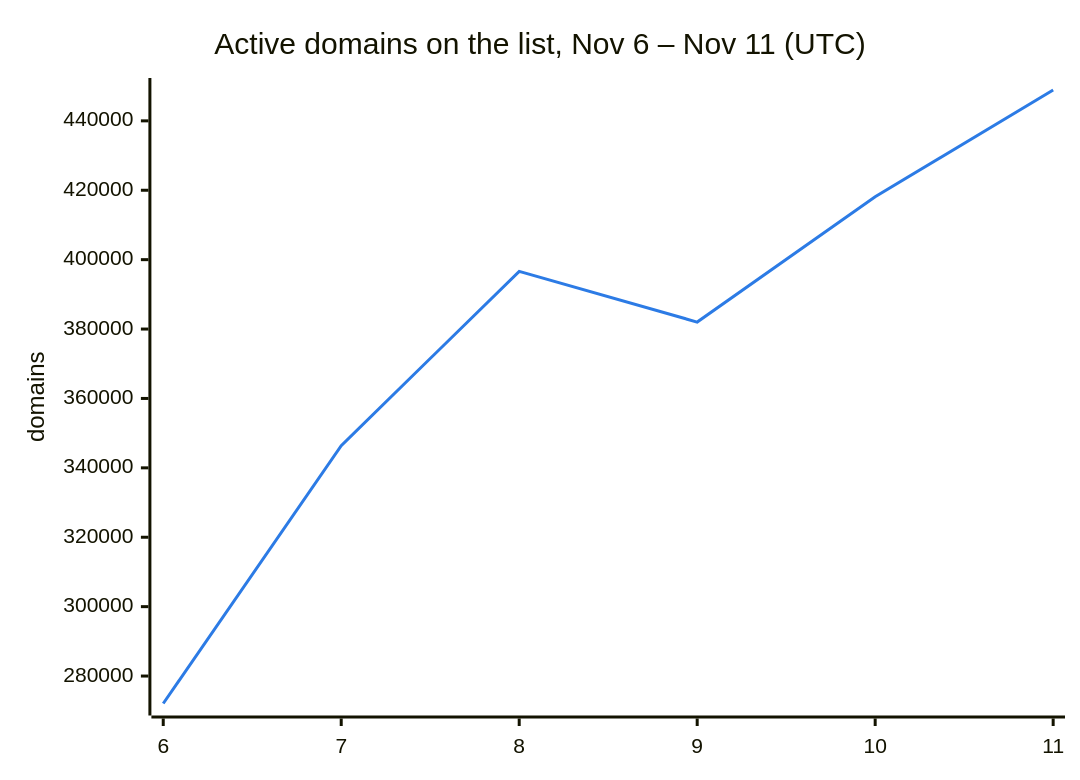
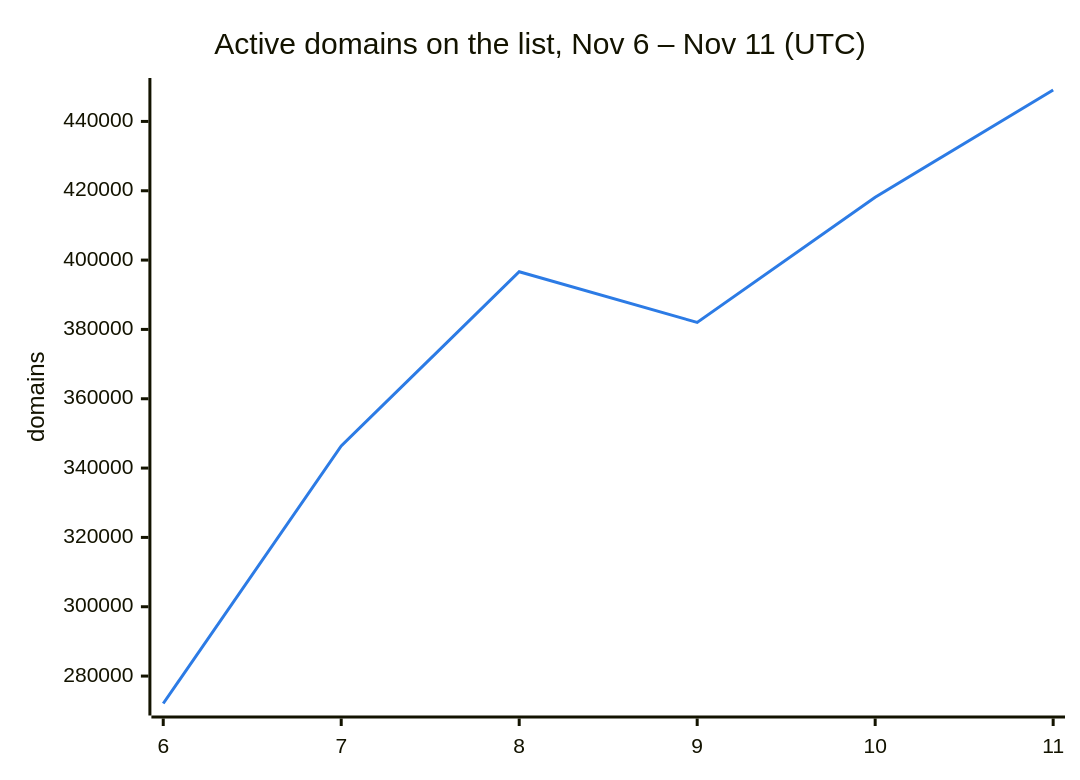
The second of 3 diagrams in README.md (DNSBunker/CTI), drawn with Mermaid before and after one commit. The commit also changed other lines of this file and 3 other files, not shown here.

````diff
--- a/README.md
+++ b/README.md
@@ -38,8 +38,8 @@
 ```mermaid
 %%{init: {"themeVariables": {"xyChart": {"plotColorPalette": "#2c7be5"}}}}%%
 xychart-beta
     title "Active domains on the list, Nov 6 – Nov 11 (UTC)"
     x-axis ["6", "7", "8", "9", "10", "11"]
     y-axis "domains"
-    line [272088, 346388, 396638, 382009, 418143, 448892]
+    line [272088, 346388, 396638, 382009, 418143, 449065]
 ```
````
